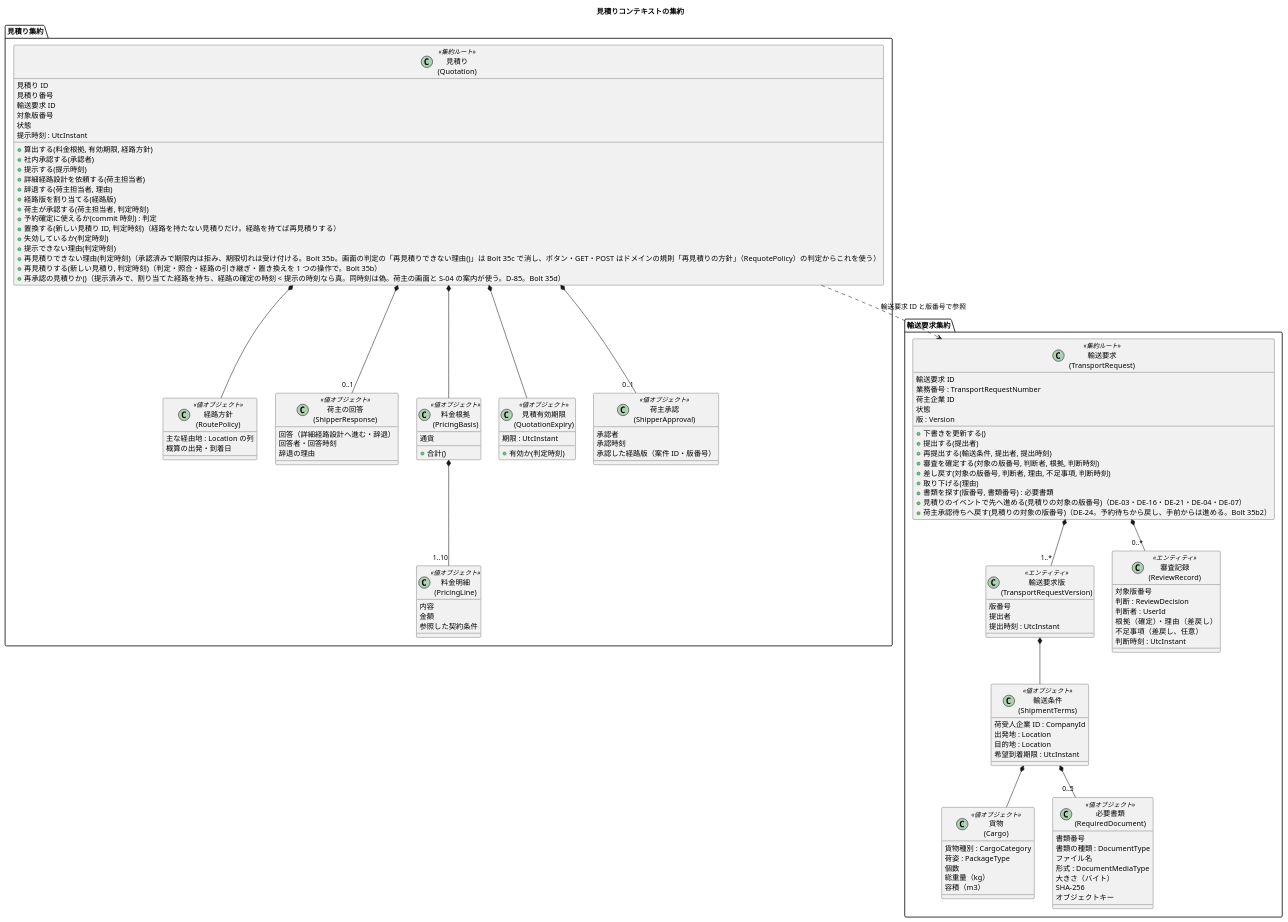
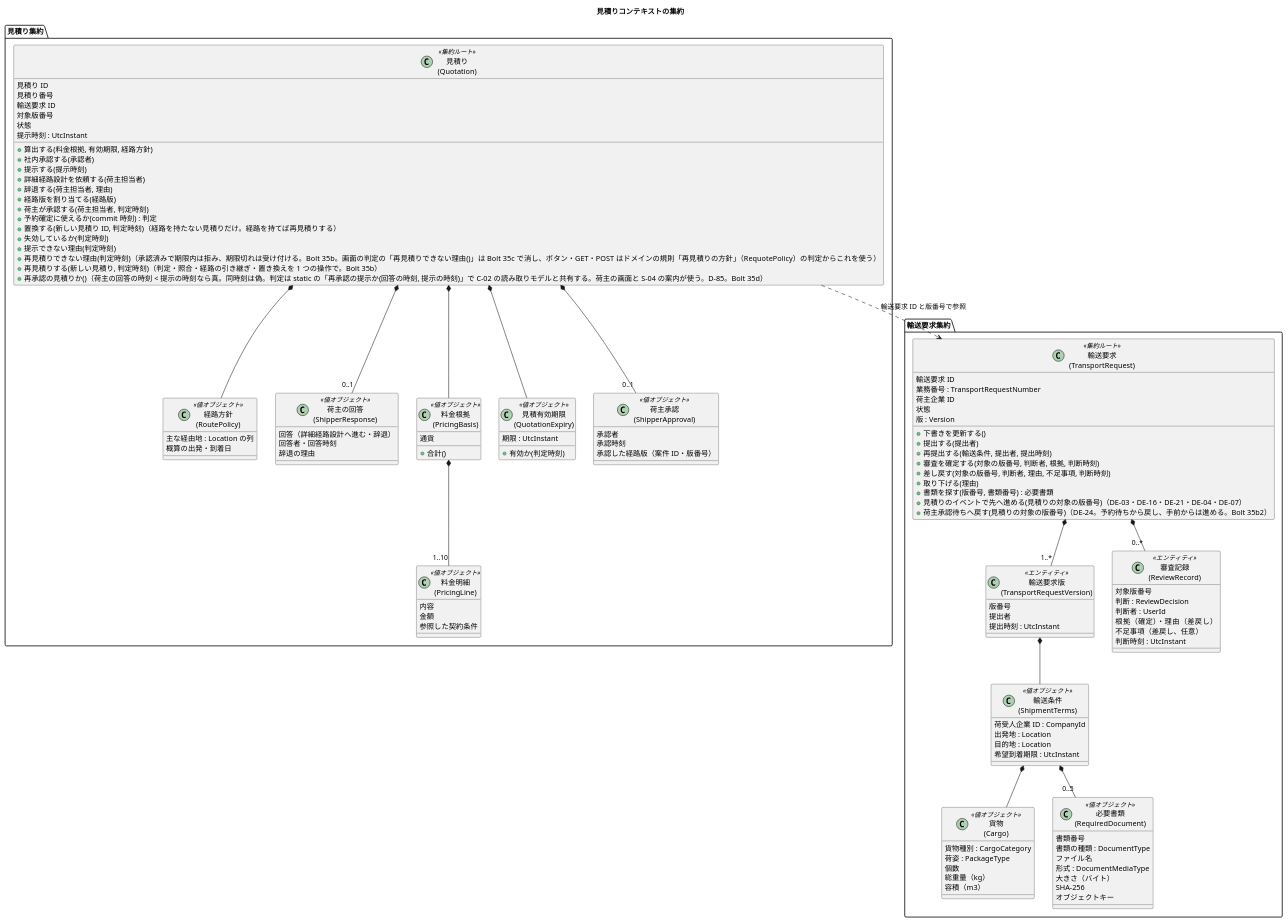
One commit to k2works/practical-domain-driven-design-in-enterpris-application changed the third of 23 diagrams in docs/design/cargo-tracker/domain_model.md. Above: the diagram before and after it, drawn with PlantUML. The commit also changed other lines of this file and 38 other files, not shown here.

```diff
--- a/docs/design/cargo-tracker/domain_model.md
+++ b/docs/design/cargo-tracker/domain_model.md
@@ -423,7 +423,7 @@
     + 提示できない理由(判定時刻)
     + 再見積りできない理由(判定時刻)（承認済みで期限内は拒み、期限切れは受け付ける。Bolt 35b。画面の判定の「再見積りできない理由()」は Bolt 35c で消し、ボタン・GET・POST はドメインの規則「再見積りの方針」（RequotePolicy）の判定からこれを使う）
     + 再見積りする(新しい見積り, 判定時刻)（判定・照合・経路の引き継ぎ・置き換えを 1 つの操作で。Bolt 35b）
-    + 再承認の見積りか()（提示済みで、割り当てた経路を持ち、経路の確定の時刻 < 提示の時刻なら真。同時刻は偽。荷主の画面と S-04 の案内が使う。D-85。Bolt 35d）
+    + 再承認の見積りか()（荷主の回答の時刻 < 提示の時刻なら真。同時刻は偽。判定は static の「再承認の提示か(回答の時刻, 提示の時刻)」で C-02 の読み取りモデルと共有する。荷主の画面と S-04 の案内が使う。D-85。Bolt 35d）
   }
   class "経路方針\n(RoutePolicy)" as RP <<値オブジェクト>> {
     主な経由地 : Location の列
```
